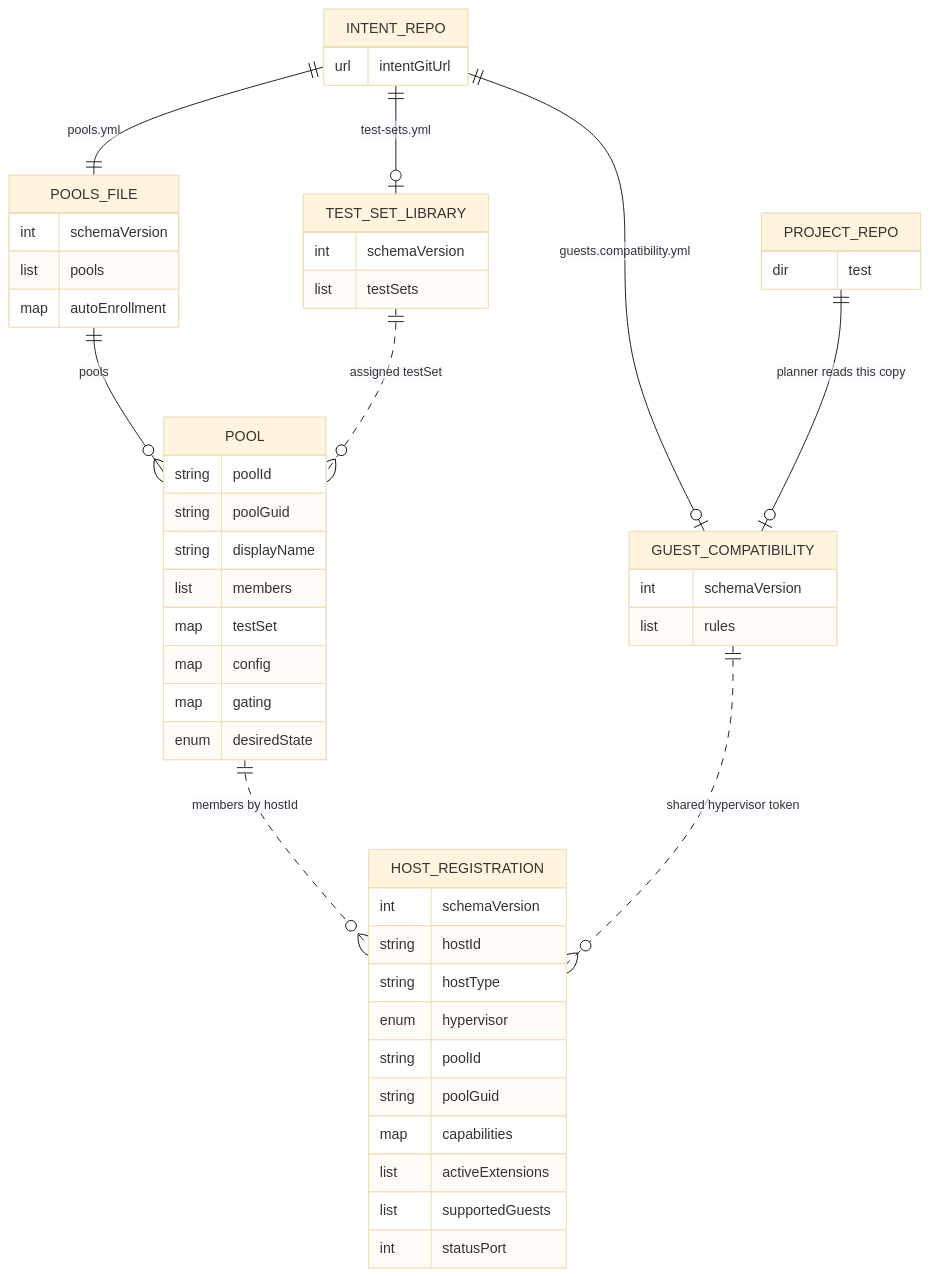
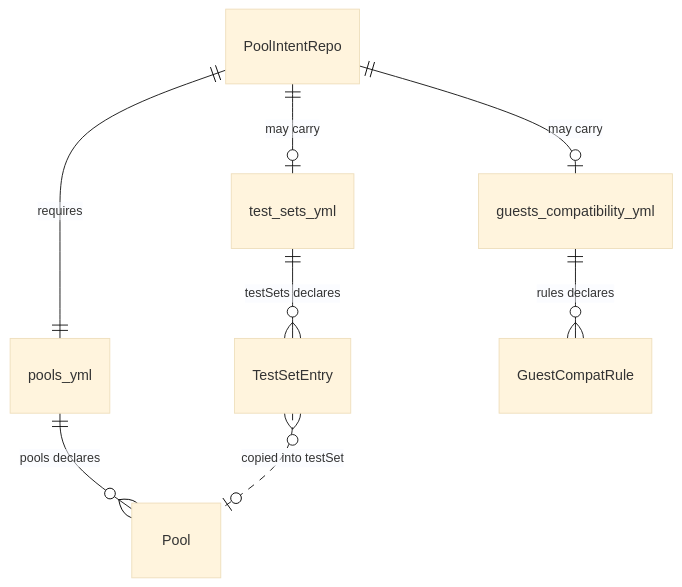
The ninth of 10 diagrams in docs/design/05-data-model.md (alissonsol/yuruna), drawn with Mermaid (base theme) before and after one commit. The commit also changed other lines of this file and 635 other files, not shown here.

````diff
--- a/docs/design/05-data-model.md
+++ b/docs/design/05-data-model.md
@@ -465,54 +506,10 @@
 ```mermaid
 erDiagram
-    INTENT_REPO ||--|| POOLS_FILE : "pools.yml"
-    INTENT_REPO ||--o| TEST_SET_LIBRARY : "test-sets.yml"
-    INTENT_REPO ||--o| GUEST_COMPATIBILITY : "guests.compatibility.yml"
-    POOLS_FILE ||--o{ POOL : "pools"
-    POOL ||..o{ HOST_REGISTRATION : "members by hostId"
-    TEST_SET_LIBRARY ||..o{ POOL : "assigned testSet"
-    PROJECT_REPO ||--o| GUEST_COMPATIBILITY : "planner reads this copy"
-    GUEST_COMPATIBILITY ||..o{ HOST_REGISTRATION : "shared hypervisor token"
-    %% planned: HOST_REGISTRATION.supportedGuests and .capacity are declared but null until populated
-
-    INTENT_REPO {
-        url intentGitUrl
-    }
-    PROJECT_REPO {
-        dir test
-    }
-    POOLS_FILE {
-        int schemaVersion
-        list pools
-        map autoEnrollment
-    }
-    POOL {
-        string poolId
-        string poolGuid
-        string displayName
-        list members
-        map testSet
-        map config
-        map gating
-        enum desiredState
-    }
-    TEST_SET_LIBRARY {
-        int schemaVersion
-        list testSets
-    }
-    GUEST_COMPATIBILITY {
-        int schemaVersion
-        list rules
-    }
-    HOST_REGISTRATION {
-        int schemaVersion
-        string hostId
-        string hostType
-        enum hypervisor
-        string poolId
-        string poolGuid
-        map capabilities
-        list activeExtensions
-        list supportedGuests
-        int statusPort
-    }
+    PoolIntentRepo ||--|| pools_yml : "requires"
+    PoolIntentRepo ||--o| test_sets_yml : "may carry"
+    PoolIntentRepo ||--o| guests_compatibility_yml : "may carry"
+    pools_yml ||--o{ Pool : "pools declares"
+    test_sets_yml ||--o{ TestSetEntry : "testSets declares"
+    guests_compatibility_yml ||--o{ GuestCompatRule : "rules declares"
+    TestSetEntry }o..o| Pool : "copied into testSet"
 ```
````
